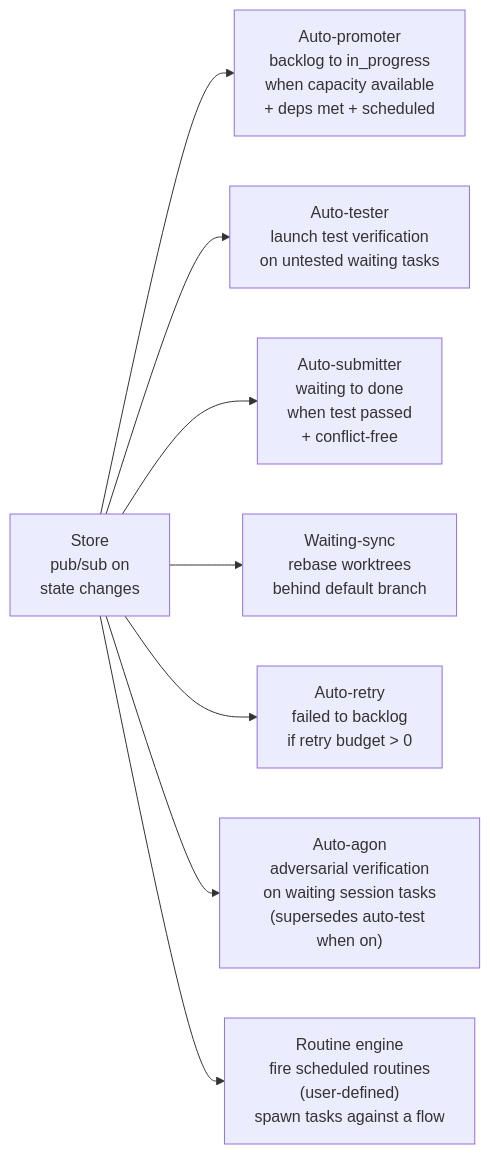
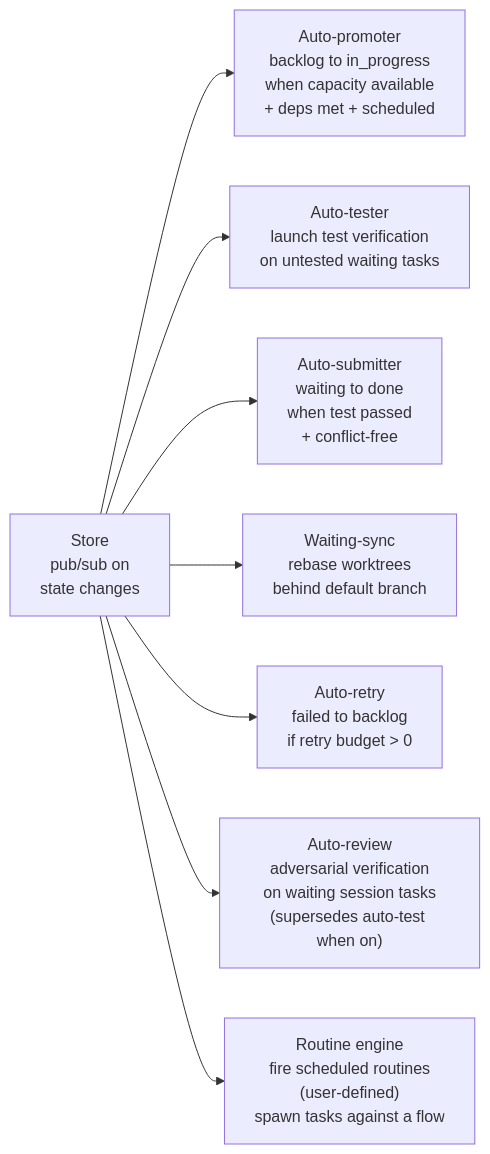
The fourth of 6 diagrams in docs/internals/architecture.md (changkun/wallfacer), drawn with Mermaid before and after one commit. The commit also changed other lines of this file and 63 other files, not shown here.

First line of the commit message:
refactor(review): scrub the agon name from wallfacer

````diff
--- a/docs/internals/architecture.md
+++ b/docs/internals/architecture.md
@@ -128,12 +128,12 @@
 ```mermaid
 flowchart LR
     PubSub["Store<br/>pub/sub on<br/>state changes"]
 
     PubSub --> Promoter["Auto-promoter<br/>backlog to in_progress<br/>when capacity available<br/>+ deps met + scheduled"]
     PubSub --> Tester["Auto-tester<br/>launch test verification<br/>on untested waiting tasks"]
     PubSub --> Submitter["Auto-submitter<br/>waiting to done<br/>when test passed<br/>+ conflict-free"]
     PubSub --> Sync["Waiting-sync<br/>rebase worktrees<br/>behind default branch"]
     PubSub --> Retry["Auto-retry<br/>failed to backlog<br/>if retry budget > 0"]
-    PubSub --> Agon["Auto-agon<br/>adversarial verification<br/>on waiting session tasks<br/>(supersedes auto-test when on)"]
+    PubSub --> Review["Auto-review<br/>adversarial verification<br/>on waiting session tasks<br/>(supersedes auto-test when on)"]
     PubSub --> Routines["Routine engine<br/>fire scheduled routines<br/>(user-defined)<br/>spawn tasks against a flow"]
 ```
````
